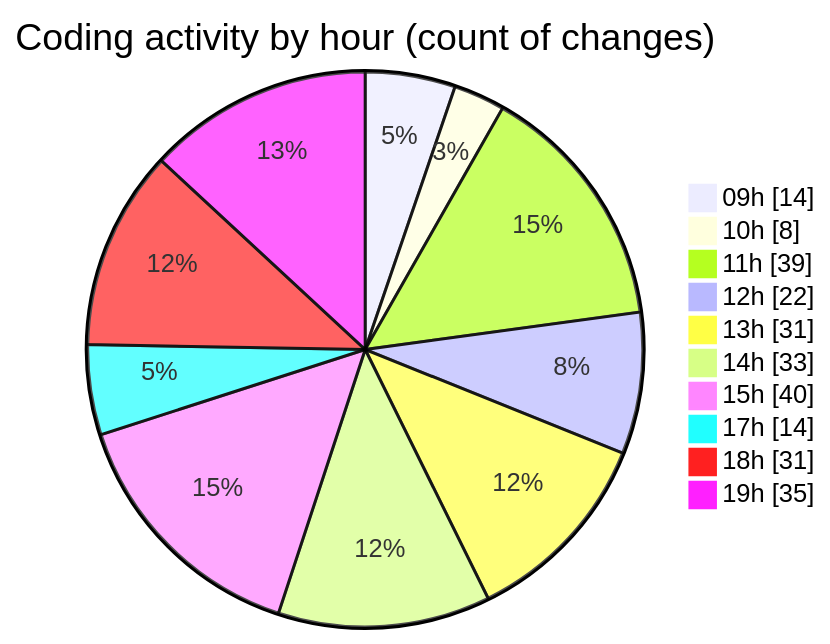
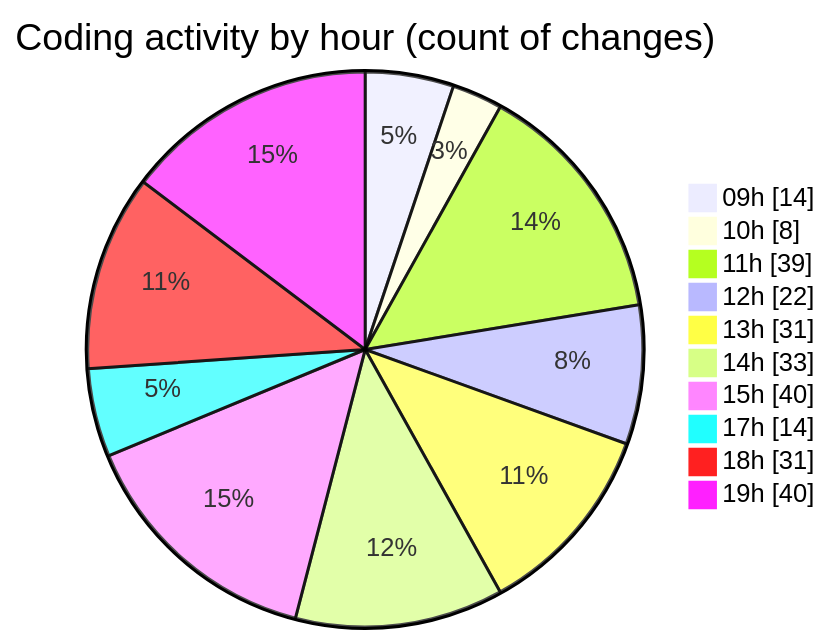
One commit to momahboobian/code-tracking changed the second of 2 diagrams in 2025-02-07/cda/README.md. Above: the diagram before and after it, drawn with Mermaid. The commit also changed other lines of this file and 1 other file, not shown here.

````diff
--- a/2025-02-07/cda/README.md
+++ b/2025-02-07/cda/README.md
@@ -72,14 +72,14 @@
 ```mermaid
 pie showData
 title Coding activity by hour (count of changes)
 "09h" : 14
 "10h" : 8
 "11h" : 39
 "12h" : 22
 "13h" : 31
 "14h" : 33
 "15h" : 40
 "17h" : 14
 "18h" : 31
-"19h" : 35
+"19h" : 40
 ```
````
